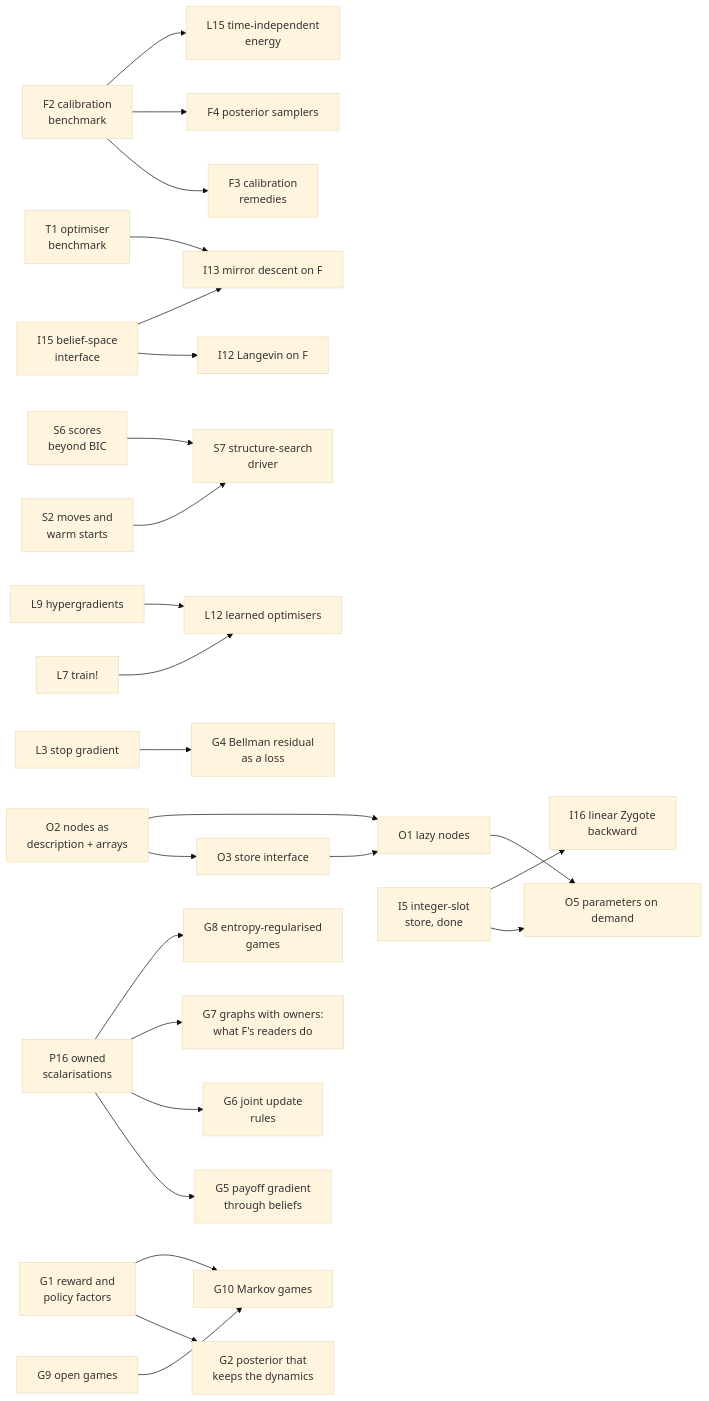
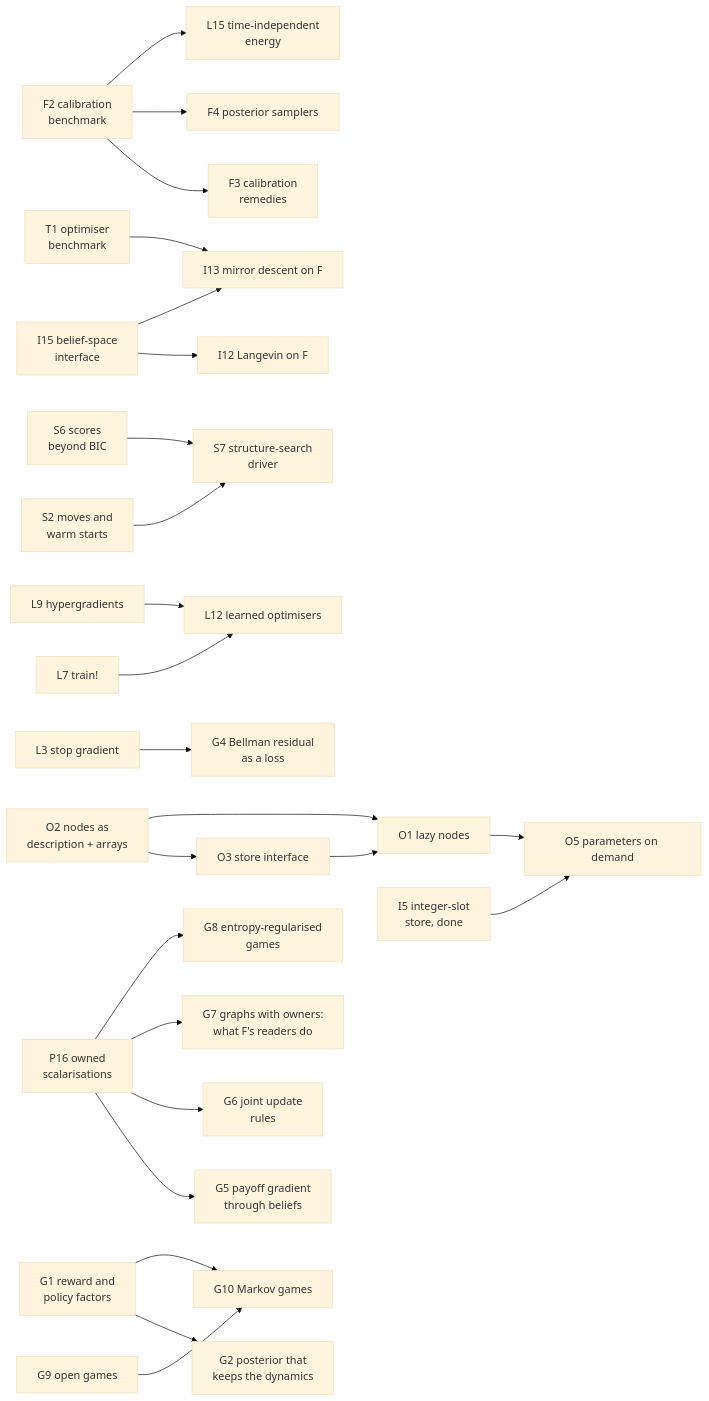
Before and after one commit to MathStruct/Lenticulum.jl: the diagram in vault/Project/Feature Backlog/Feature Backlog.md, drawn with Mermaid (base theme). The commit also changed 12 other files, not shown here.

````diff
--- a/vault/Project/Feature Backlog/Feature Backlog.md
+++ b/vault/Project/Feature Backlog/Feature Backlog.md
@@ -47,27 +47,26 @@
 ```mermaid
 graph LR
   F2[F2 calibration<br/>benchmark] --> F3[F3 calibration<br/>remedies]
   F2 --> F4[F4 posterior samplers]
   F2 --> L15[L15 time-independent<br/>energy]
   I15[I15 belief-space<br/>interface] --> I12[I12 Langevin on F]
   I15 --> I13[I13 mirror descent on F]
   T1[T1 optimiser<br/>benchmark] --> I13
   O2[O2 nodes as<br/>description + arrays] --> O3[O3 store interface]
   O2 --> O1[O1 lazy nodes]
   O3 --> O1
   O1 --> O5[O5 parameters on demand]
   I5[I5 integer-slot<br/>store, done] --> O5
-  I5 --> I16[I16 linear Zygote<br/>backward]
   S2[S2 moves and<br/>warm starts] --> S7[S7 structure-search<br/>driver]
   S6[S6 scores<br/>beyond BIC] --> S7
   L7[L7 train!] --> L12[L12 learned optimisers]
   L9[L9 hypergradients] --> L12
   G1[G1 reward and<br/>policy factors] --> G2[G2 posterior that<br/>keeps the dynamics]
   L3[L3 stop gradient] --> G4[G4 Bellman residual<br/>as a loss]
   P16[P16 owned<br/>scalarisations] --> G5[G5 payoff gradient<br/>through beliefs]
   P16 --> G6[G6 joint update<br/>rules]
   P16 --> G7[G7 graphs with owners:<br/>what F's readers do]
   P16 --> G8[G8 entropy-regularised<br/>games]
   G1 --> G10[G10 Markov games]
   G9[G9 open games] --> G10
 ```
````
